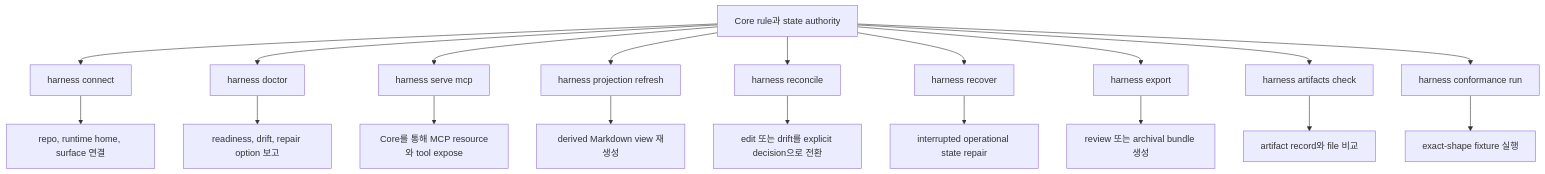
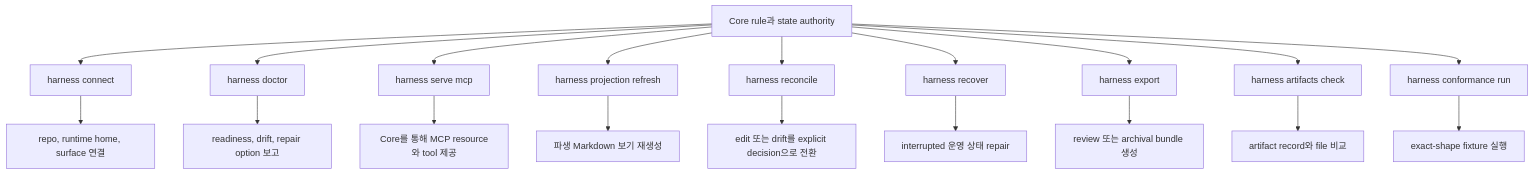
Before and after one commit to minjungw00/Harness_Project: the first of 15 diagrams in docs/ko/reference/operations-and-conformance.md, drawn with Mermaid. The commit also changed other lines of this file and 21 other files, not shown here.

````diff
--- a/docs/ko/reference/operations-and-conformance.md
+++ b/docs/ko/reference/operations-and-conformance.md
@@ -52,22 +52,22 @@
 ```mermaid
 flowchart TD
   Core["Core rule과 state authority"]
   Core --> Connect["harness connect"]
   Core --> Doctor["harness doctor"]
   Core --> Serve["harness serve mcp"]
   Core --> Refresh["harness projection refresh"]
   Core --> Reconcile["harness reconcile"]
   Core --> Recover["harness recover"]
   Core --> Export["harness export"]
   Core --> Artifacts["harness artifacts check"]
   Core --> Conformance["harness conformance run"]
   Connect --> Setup["repo, runtime home, surface 연결"]
   Doctor --> Readiness["readiness, drift, repair option 보고"]
-  Serve --> MCP["Core를 통해 MCP resource와 tool expose"]
-  Refresh --> Projection["derived Markdown view 재생성"]
+  Serve --> MCP["Core를 통해 MCP resource와 tool 제공"]
+  Refresh --> Projection["파생 Markdown 보기 재생성"]
   Reconcile --> Decisions["edit 또는 drift를 explicit decision으로 전환"]
-  Recover --> Repair["interrupted operational state repair"]
+  Recover --> Repair["interrupted 운영 상태 repair"]
   Export --> Bundle["review 또는 archival bundle 생성"]
   Artifacts --> Integrity["artifact record와 file 비교"]
   Conformance --> Fixtures["exact-shape fixture 실행"]
 ```
````
